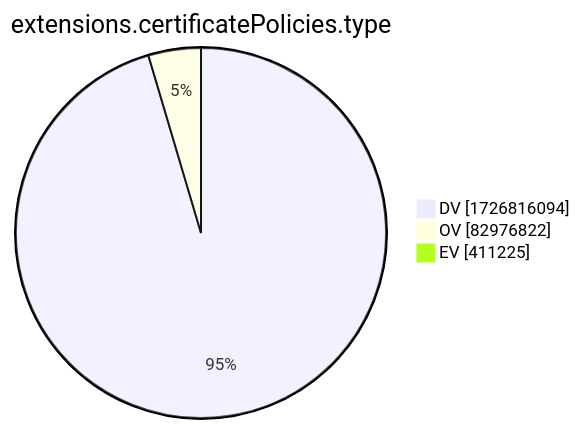
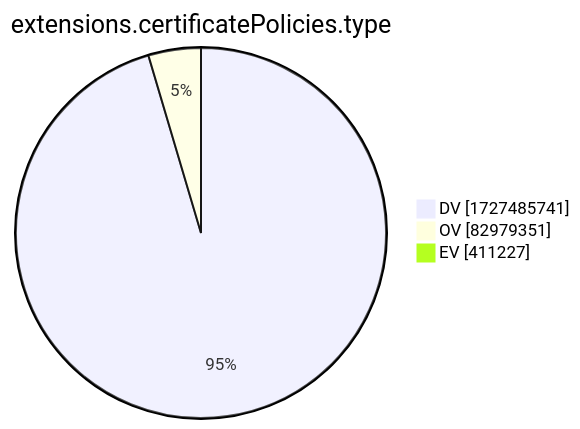
One commit to christiankrug/ctmonitor_visualization changed the tenth of 15 diagrams in xenon2022/README.md. Above: the diagram before and after it, drawn with Mermaid. The commit also changed other lines of this file, not shown here.

````diff
--- a/xenon2022/README.md
+++ b/xenon2022/README.md
@@ -2881,7 +2881,7 @@
 ```mermaid
 pie showData
 title extensions.certificatePolicies.type
-"DV" :1726816094
-"OV" :82976822
-"EV" :411225
+"DV" :1727485741
+"OV" :82979351
+"EV" :411227
 ```
````
